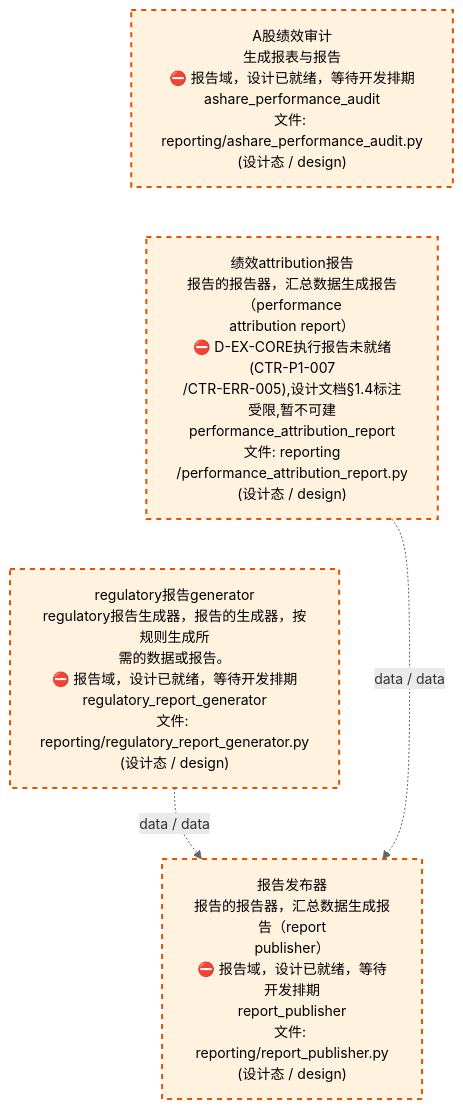
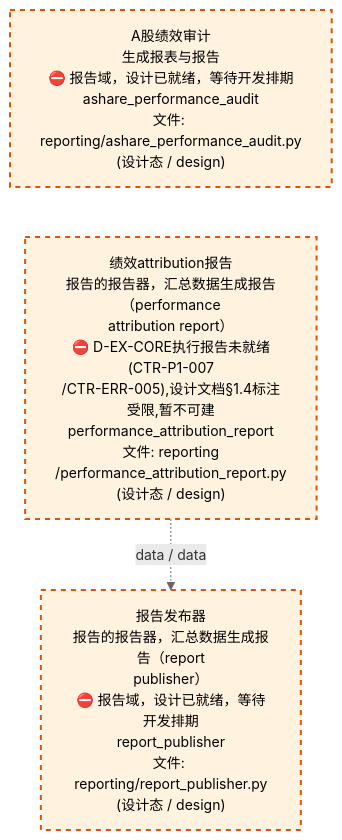
One commit to xuanFelixVan/ZephyrAlpha changed the third of 4 diagrams in docs/02_enterprise_architecture/02_domain_architecture_docs/26_d_reporting.md. Above: the diagram before and after it, drawn with Mermaid. The commit also changed other lines of this file and 46 other files, not shown here.

````diff
--- a/docs/02_enterprise_architecture/02_domain_architecture_docs/26_d_reporting.md
+++ b/docs/02_enterprise_architecture/02_domain_architecture_docs/26_d_reporting.md
@@ -183,17 +193,14 @@
 ```mermaid
 %%{init: {'theme': 'base', 'themeVariables': {'primaryColor': '#eaeaea', 'primaryTextColor': '#333333', 'primaryBorderColor': '#666666', 'lineColor': '#666666', 'secondaryColor': '#eaeaea', 'tertiaryColor': '#eaeaea', 'fontSize': '14px'}}}%%
 flowchart TD
     src_zephyr_reporting_ashare_performance_audit_py["A股绩效审计<br/>生成报表与报告<br/>⛔ 报告域，设计已就绪，等待开发排期<br/>ashare_performance_audit<br/>文件: reporting/ashare_performance_audit.py<br/>(设计态 / design)"]
     src_zephyr_reporting_performance_attribution_report_py["绩效attribution报告<br/>报告的报告器，汇总数据生成报告（performance<br/>attribution report）<br/>⛔ D-EX-CORE执行报告未就绪(CTR-P1-007<br/>/CTR-ERR-005),设计文档§1.4标注受限,暂不可建<br/>performance_attribution_report<br/>文件: reporting<br/>/performance_attribution_report.py<br/>(设计态 / design)"]
-    src_zephyr_reporting_regulatory_report_generator_py["regulatory报告generator<br/>regulatory报告生成器，报告的生成器，按规则生成所<br/>需的数据或报告。<br/>⛔ 报告域，设计已就绪，等待开发排期<br/>regulatory_report_generator<br/>文件: reporting/regulatory_report_generator.py<br/>(设计态 / design)"]
     src_zephyr_reporting_ashare_performance_audit_py ~~~ src_zephyr_reporting_performance_attribution_report_py
-    src_zephyr_reporting_performance_attribution_report_py ~~~ src_zephyr_reporting_regulatory_report_generator_py
     src_zephyr_reporting_report_publisher_py["报告发布器<br/>报告的报告器，汇总数据生成报告（report<br/>publisher）<br/>⛔ 报告域，设计已就绪，等待开发排期<br/>report_publisher<br/>文件: reporting/report_publisher.py<br/>(设计态 / design)"]
-    src_zephyr_reporting_regulatory_report_generator_py -.->|data / data| src_zephyr_reporting_report_publisher_py
     src_zephyr_reporting_performance_attribution_report_py -.->|data / data| src_zephyr_reporting_report_publisher_py
     classDef production fill:#e1f5fe,stroke:#01579b,stroke-width:2px,color:#000
     classDef design fill:#fff3e0,stroke:#e65100,stroke-width:2px,color:#000,stroke-dasharray: 5 5
     classDef external_prod fill:#e8f4fd,stroke:#0277bd,stroke-width:1px,color:#000
     classDef external_design fill:#fff8e7,stroke:#ef6c00,stroke-width:1px,color:#000,stroke-dasharray: 5 5
-    class src_zephyr_reporting_ashare_performance_audit_py,src_zephyr_reporting_performance_attribution_report_py,src_zephyr_reporting_regulatory_report_generator_py,src_zephyr_reporting_report_publisher_py design
+    class src_zephyr_reporting_ashare_performance_audit_py,src_zephyr_reporting_performance_attribution_report_py,src_zephyr_reporting_report_publisher_py design
 ```
````
